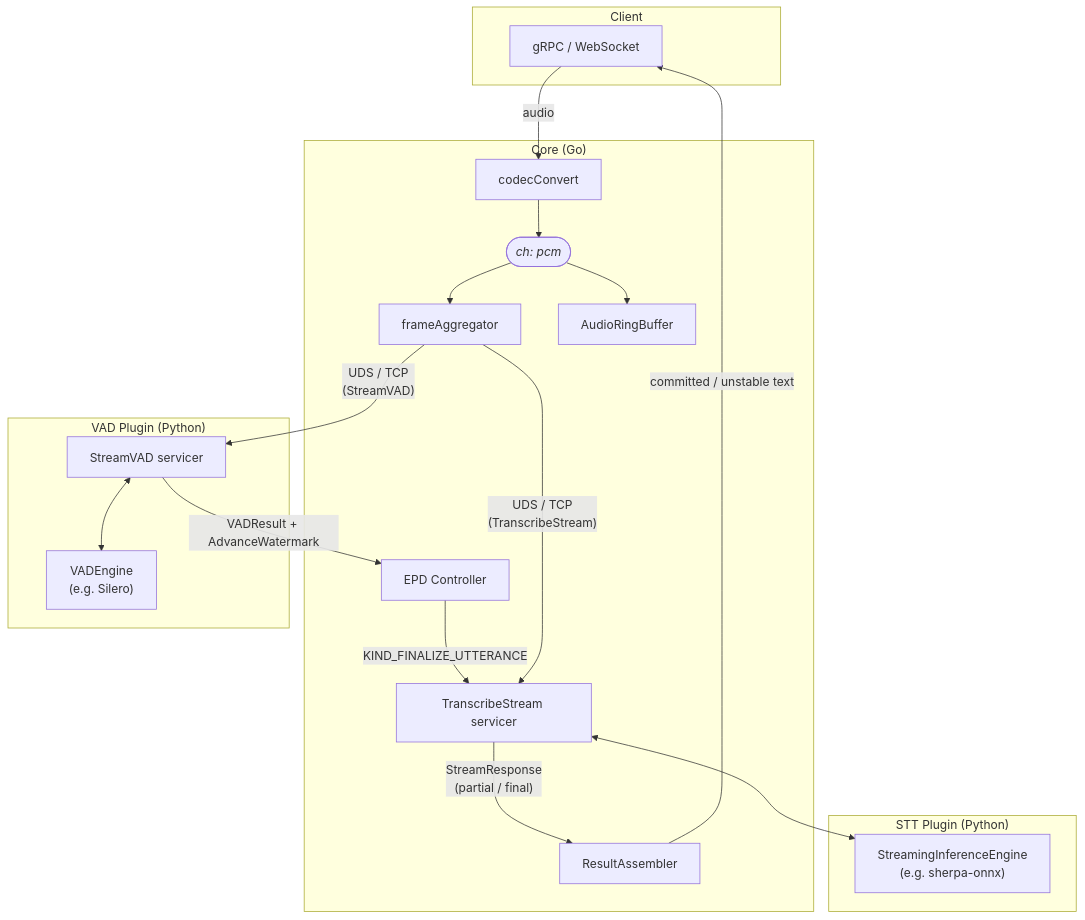
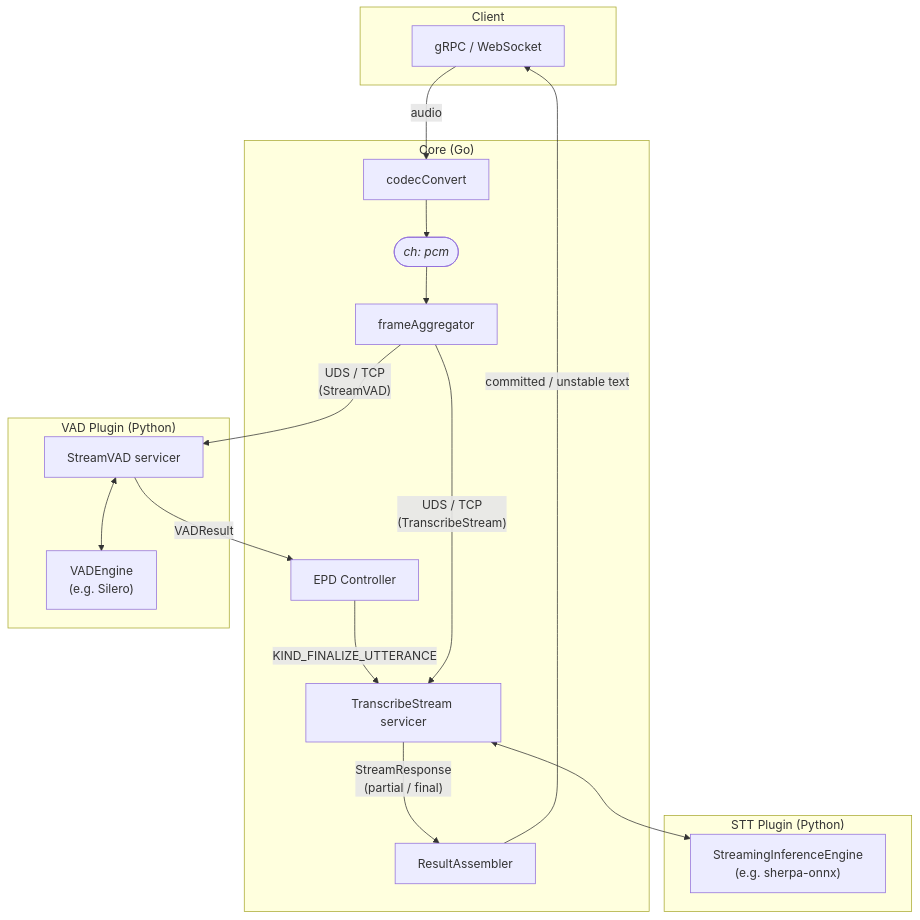
One commit to speechmux/speechmux changed the second of 2 diagrams in README.md. Above: the diagram before and after it, drawn with Mermaid. The commit also changed other lines of this file, not shown here.

Commit message:
docs(readme): update architecture diagrams for batch and streaming engines

````diff
--- a/README.md
+++ b/README.md
@@ -43,29 +44,28 @@
 ```mermaid
 flowchart TD
     subgraph Client
         transport["gRPC / WebSocket"]
     end
 
     subgraph Core ["Core (Go)"]
         codecConvert["codecConvert"] --> pcmCh(["<i>ch: pcm</i>"])
         pcmCh --> frameAggregator["frameAggregator"]
-        pcmCh --> ARB["AudioRingBuffer"]
         EPDC["EPD Controller"] -->|"KIND_FINALIZE_UTTERANCE"| STTServicer
         RA["ResultAssembler"]
     end
 
     subgraph VADPlugin ["VAD Plugin (Python)"]
         VADServicer["StreamVAD servicer"] <--> VADEngine["VADEngine</br>(e.g. Silero)"]
     end
 
     subgraph STTPlugin ["STT Plugin (Python)"]
         STTServicer["TranscribeStream servicer"] <--> StreamingEngine["StreamingInferenceEngine</br>(e.g. sherpa-onnx)"]
     end
 
     transport -->|"audio"| codecConvert
     frameAggregator -->|"UDS / TCP</br>(TranscribeStream)"| STTServicer
     frameAggregator -->|"UDS / TCP</br>(StreamVAD)"| VADServicer
-    VADServicer -->|"VADResult + AdvanceWatermark"| EPDC
+    VADServicer -->|"VADResult"| EPDC
     STTServicer -->|"StreamResponse</br>(partial / final)"| RA
     RA -->|"committed / unstable text"| transport
 ```
````
